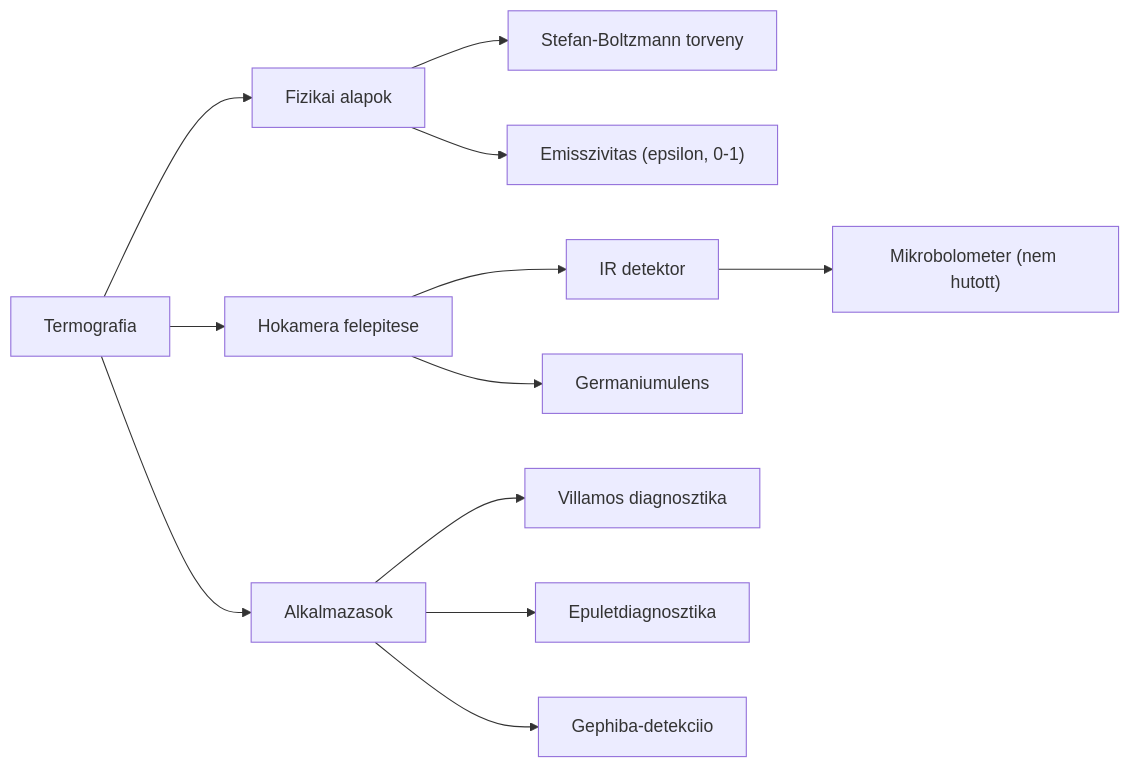
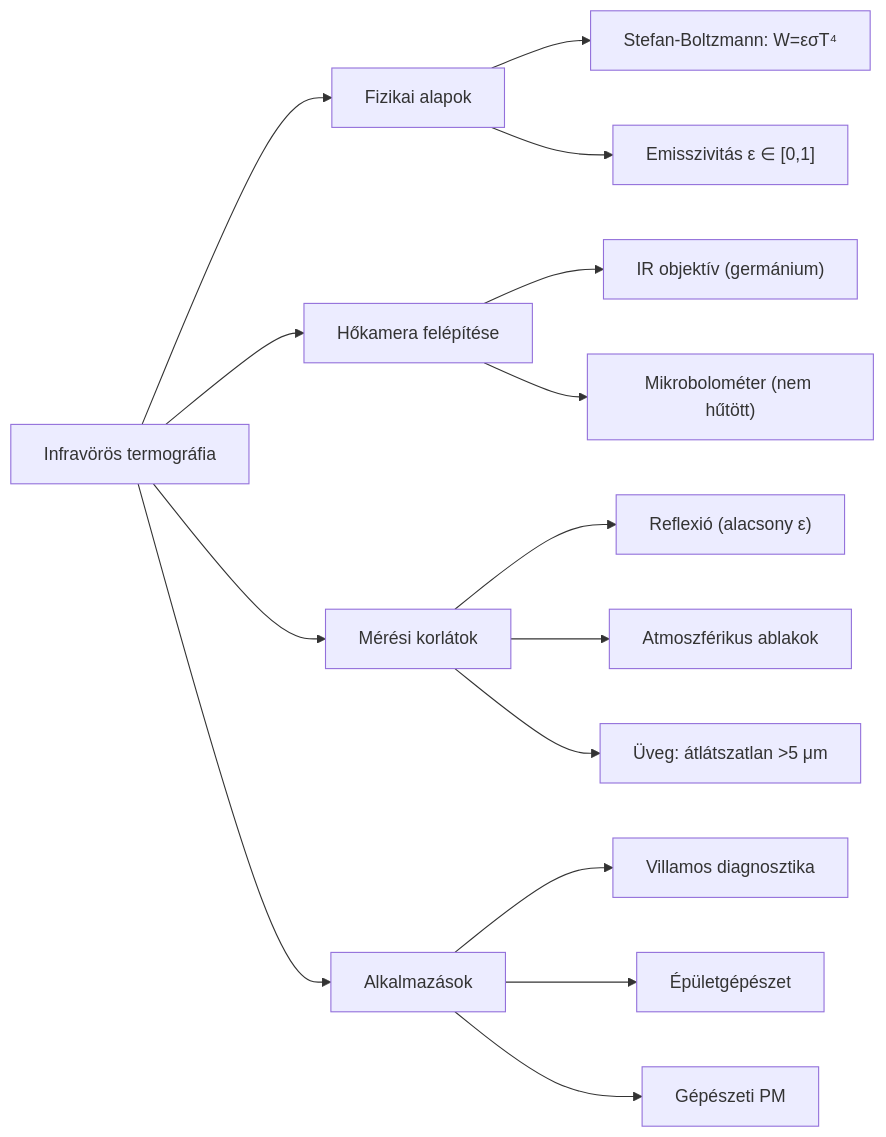
One commit to InutilemMachina/claude_play changed the diagram in haromhetes_teszt/3_termografia/bsc/3_Mindmap.md. Above: the diagram before and after it, drawn with Mermaid. The commit also changed other lines of this file and 32 other files, not shown here.

````diff
--- a/haromhetes_teszt/3_termografia/bsc/3_Mindmap.md
+++ b/haromhetes_teszt/3_termografia/bsc/3_Mindmap.md
@@ -12,15 +12,18 @@
 ```mermaid
 flowchart LR
-  TERMO["Termografia"]
+  TERMO["Infravörös termográfia"]
   TERMO --> FIZIKA["Fizikai alapok"]
-  FIZIKA --> STEFAN["Stefan-Boltzmann torveny"]
-  FIZIKA --> EMISSZ["Emisszivitas (epsilon, 0-1)"]
-  TERMO --> KAMERA["Hokamera felepitese"]
-  KAMERA --> DETEKTOR["IR detektor"]
-  DETEKTOR --> BOLOM["Mikrobolometer (nem hutott)"]
-  KAMERA --> OBJEKTIV["Germaniumulens"]
-  TERMO --> APP["Alkalmazasok"]
+  FIZIKA --> STEFAN["Stefan-Boltzmann: W=εσT⁴"]
+  FIZIKA --> EMISSZ["Emisszivitás ε ∈ [0,1]"]
+  TERMO --> KAMERA["Hőkamera felépítése"]
+  KAMERA --> OBJEKT["IR objektív (germánium)"]
+  KAMERA --> BOLOM["Mikrobolométer (nem hűtött)"]
+  TERMO --> MERESHIBAK["Mérési korlátok"]
+  MERESHIBAK --> REFLEXIO["Reflexió (alacsony ε)"]
+  MERESHIBAK --> ATMO["Atmoszférikus ablakok"]
+  MERESHIBAK --> UVEG["Üveg: átlátszatlan >5 μm"]
+  TERMO --> APP["Alkalmazások"]
   APP --> VILLAMOS["Villamos diagnosztika"]
-  APP --> EPULET["Epuletdiagnosztika"]
-  APP --> GEPHIBA["Gephiba-detekciio"]
+  APP --> EPULET["Épületgépészet"]
+  APP --> GEPESZET["Gépészeti PM"]
 ```
````
